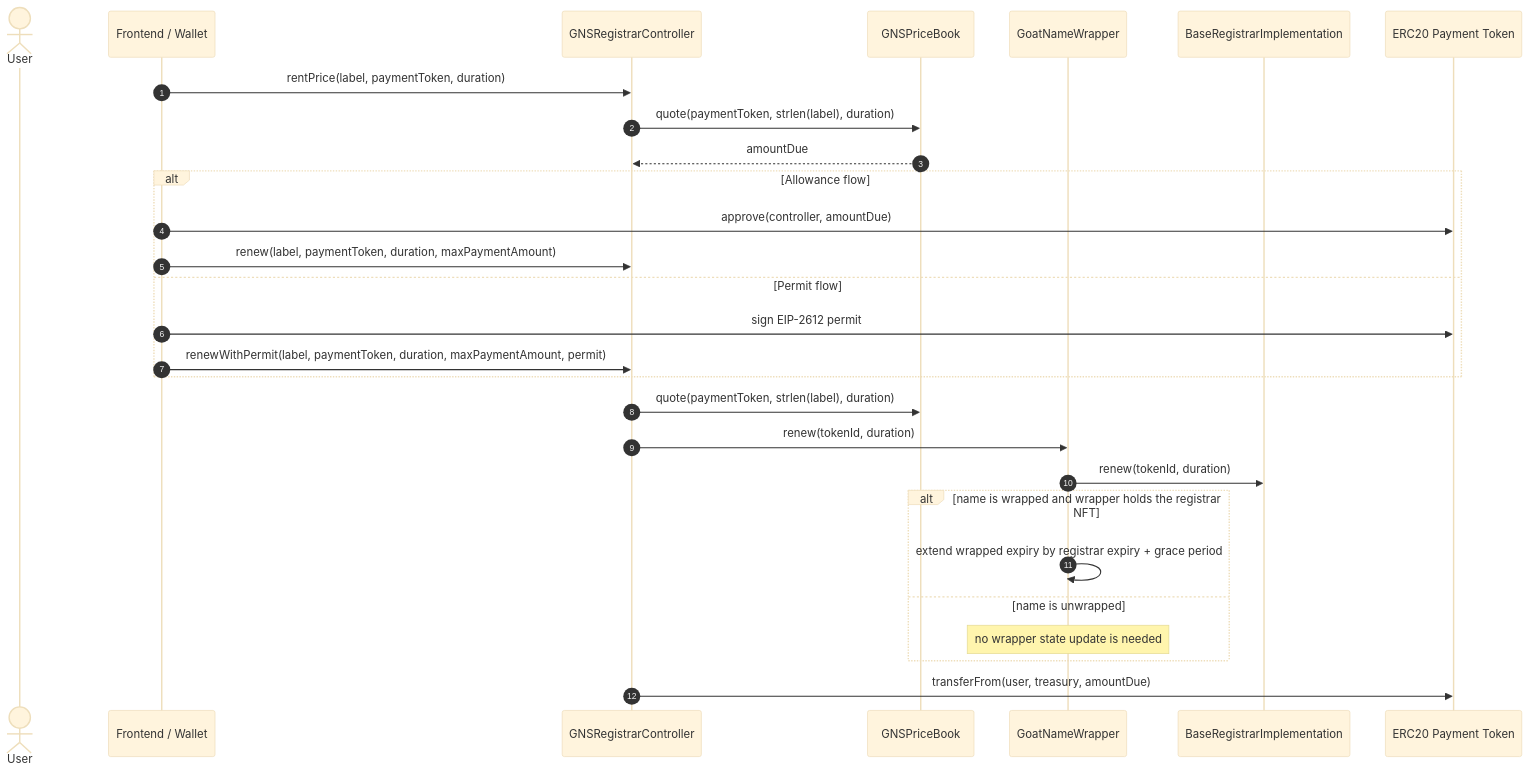
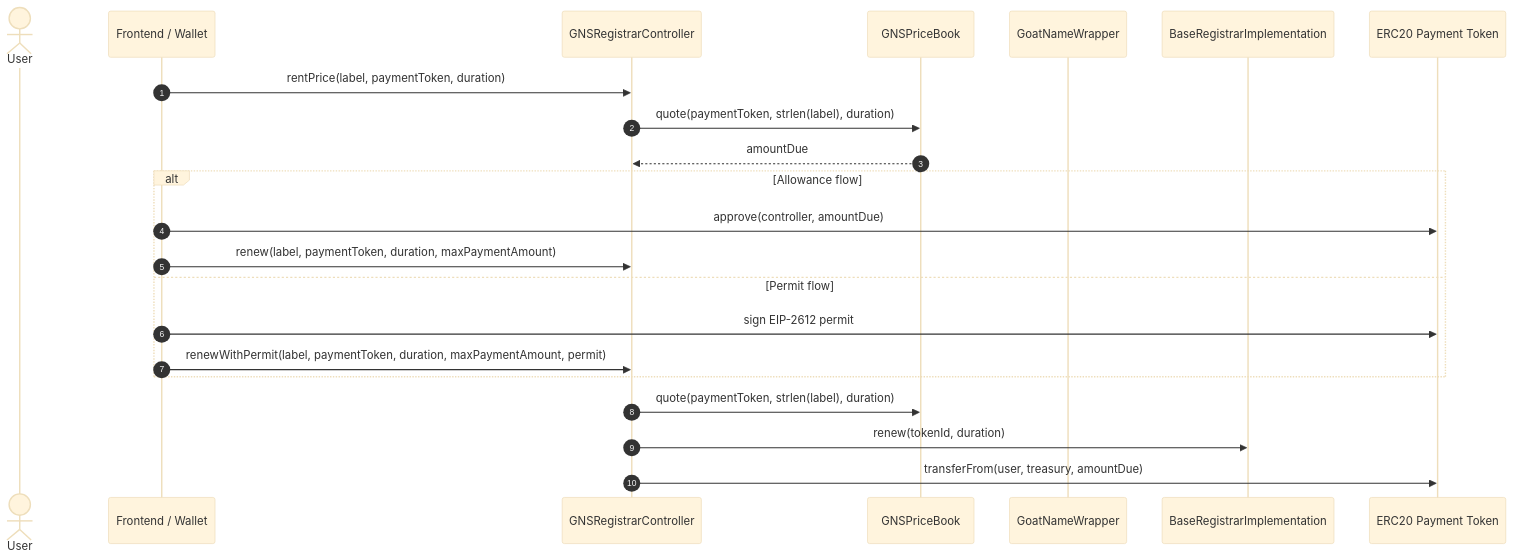
One commit to GOATNetwork/goat-name-service changed the second of 3 diagrams in README.md. Above: the diagram before and after it, drawn with Mermaid (base theme). The commit also changed other lines of this file and 5 other files, not shown here.

Commit message:
feat: remove nameWrapper in GNSRegistrarController

````diff
--- a/README.md
+++ b/README.md
@@ -122,35 +122,28 @@
 ```mermaid
 sequenceDiagram
     autonumber
     actor User
     participant FE as Frontend / Wallet
     participant Controller as GNSRegistrarController
     participant PriceBook as GNSPriceBook
     participant Wrapper as GoatNameWrapper
     participant Registrar as BaseRegistrarImplementation
     participant Token as ERC20 Payment Token
 
     FE->>Controller: rentPrice(label, paymentToken, duration)
     Controller->>PriceBook: quote(paymentToken, strlen(label), duration)
     PriceBook-->>Controller: amountDue
 
     alt Allowance flow
         FE->>Token: approve(controller, amountDue)
         FE->>Controller: renew(label, paymentToken, duration, maxPaymentAmount)
     else Permit flow
         FE->>Token: sign EIP-2612 permit
         FE->>Controller: renewWithPermit(label, paymentToken, duration, maxPaymentAmount, permit)
     end
 
     Controller->>PriceBook: quote(paymentToken, strlen(label), duration)
-    Controller->>Wrapper: renew(tokenId, duration)
-    Wrapper->>Registrar: renew(tokenId, duration)
-
-    alt name is wrapped and wrapper holds the registrar NFT
-        Wrapper->>Wrapper: extend wrapped expiry by registrar expiry + grace period
-    else name is unwrapped
-        Note over Wrapper: no wrapper state update is needed
-    end
+    Controller->>Registrar: renew(tokenId, duration)
 
     Controller->>Token: transferFrom(user, treasury, amountDue)
 ```
````
